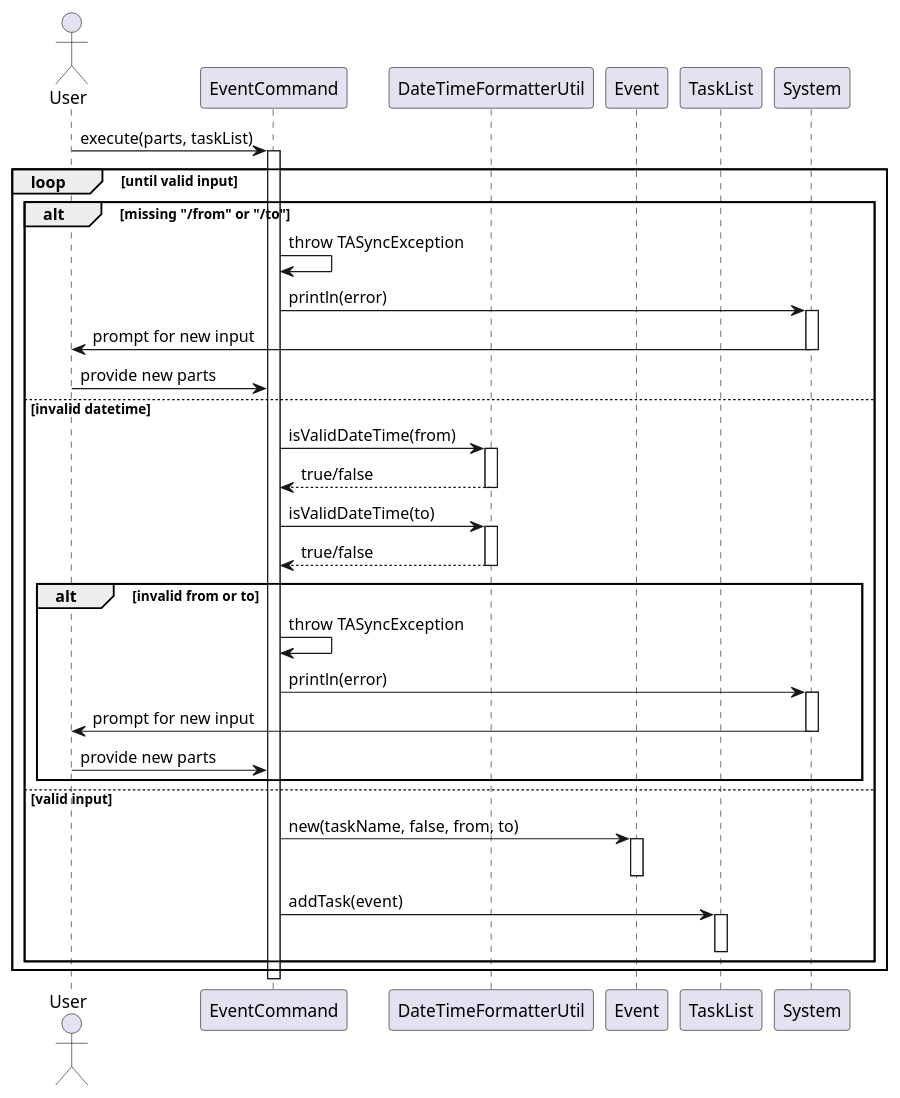
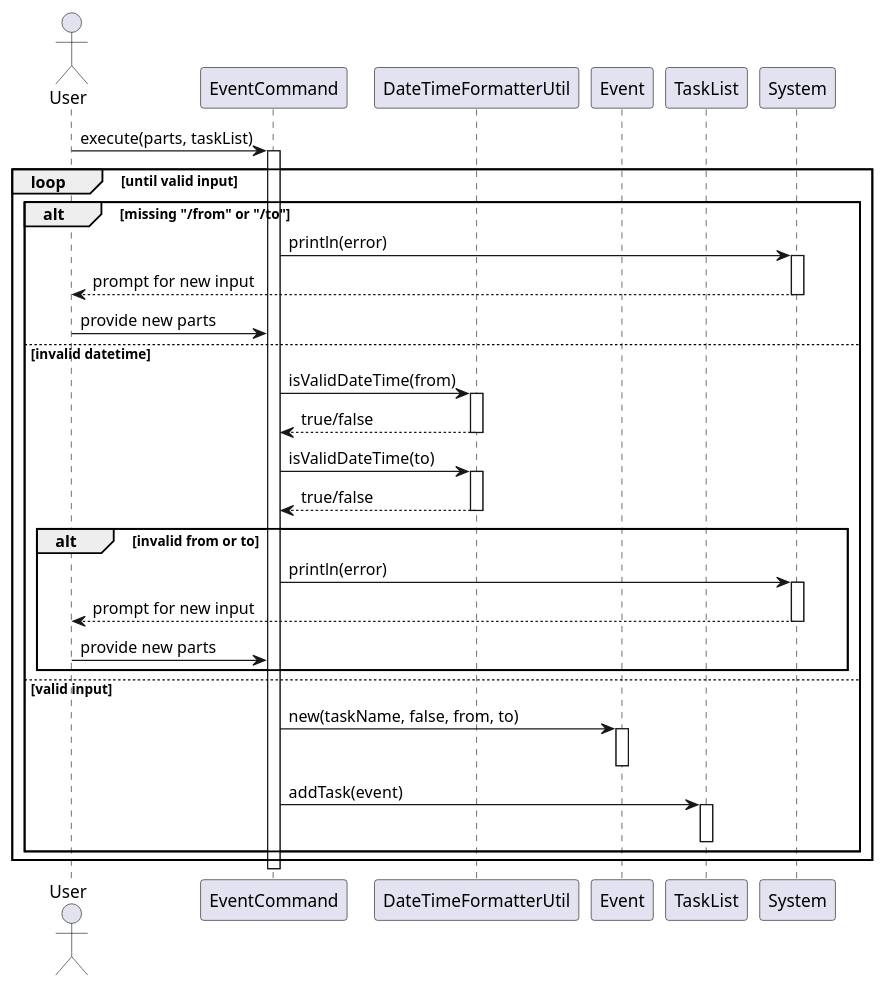
One commit to wongyihao02/tp changed the diagram in docs/diagrams/tasklistcommands/EventCommandSequenceDiagram.puml. Above: the diagram before and after it, drawn with PlantUML. The commit also changed 17 other files, not shown here.

Commit message:
Edit errors in task commands sequence diagrams

```diff
--- a/docs/diagrams/tasklistcommands/EventCommandSequenceDiagram.puml
+++ b/docs/diagrams/tasklistcommands/EventCommandSequenceDiagram.puml
@@ -1,54 +1,52 @@
 @startuml
 'https://plantuml.com/sequence-diagram
 
 actor User
 
 participant "EventCommand" as EventCmd
 participant "DateTimeFormatterUtil" as Formatter
 participant "Event" as Event
 participant "TaskList" as TaskList
 participant "System" as Console
 
 User -> EventCmd : execute(parts, taskList)
 activate EventCmd
 
 loop until valid input
     alt missing "/from" or "/to"
-        EventCmd -> EventCmd : throw TASyncException
         EventCmd -> Console : println(error)
         activate Console
-        Console -> User : prompt for new input
+        Console --> User : prompt for new input
         deactivate Console
         User -> EventCmd : provide new parts
     else invalid datetime
         EventCmd -> Formatter : isValidDateTime(from)
         activate Formatter
         Formatter --> EventCmd : true/false
         deactivate Formatter
 
         EventCmd -> Formatter : isValidDateTime(to)
         activate Formatter
         Formatter --> EventCmd : true/false
         deactivate Formatter
 
         alt invalid from or to
-            EventCmd -> EventCmd : throw TASyncException
             EventCmd -> Console : println(error)
             activate Console
-            Console -> User : prompt for new input
+            Console --> User : prompt for new input
             deactivate Console
             User -> EventCmd : provide new parts
         end
     else valid input
         EventCmd -> Event : new(taskName, false, from, to)
         activate Event
         deactivate Event
 
         EventCmd -> TaskList : addTask(event)
         activate TaskList
         deactivate TaskList
     end
 end
 
 deactivate EventCmd
 @enduml
```
